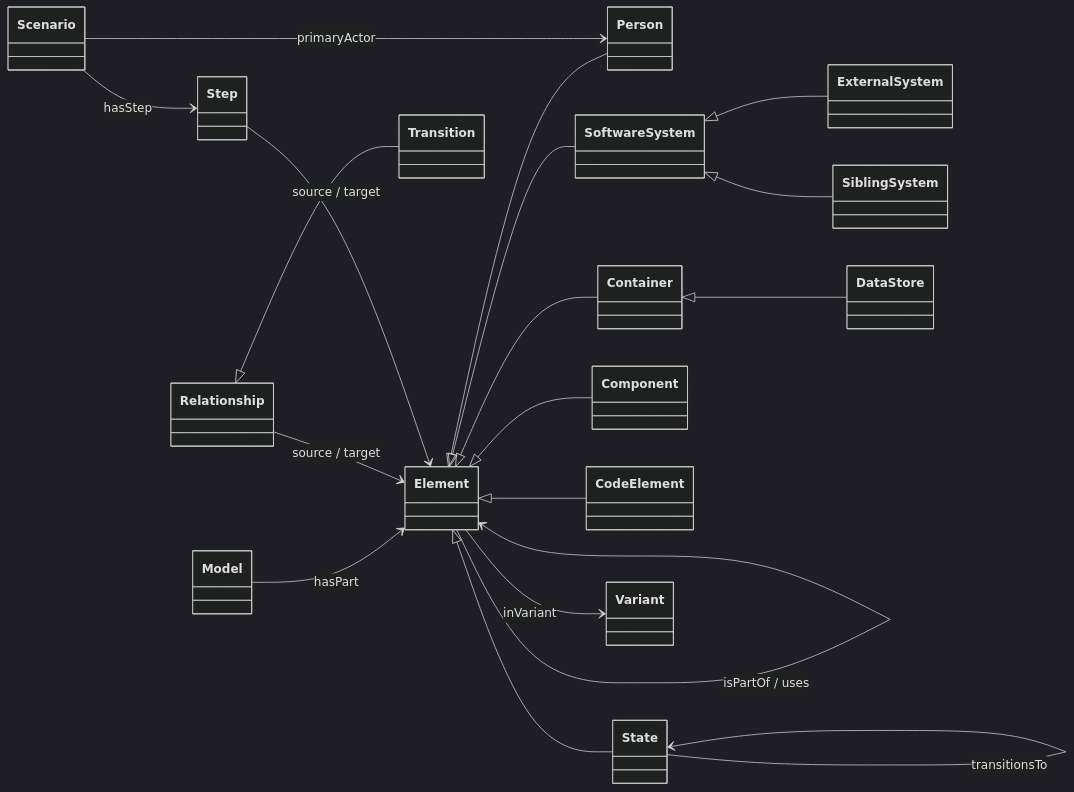
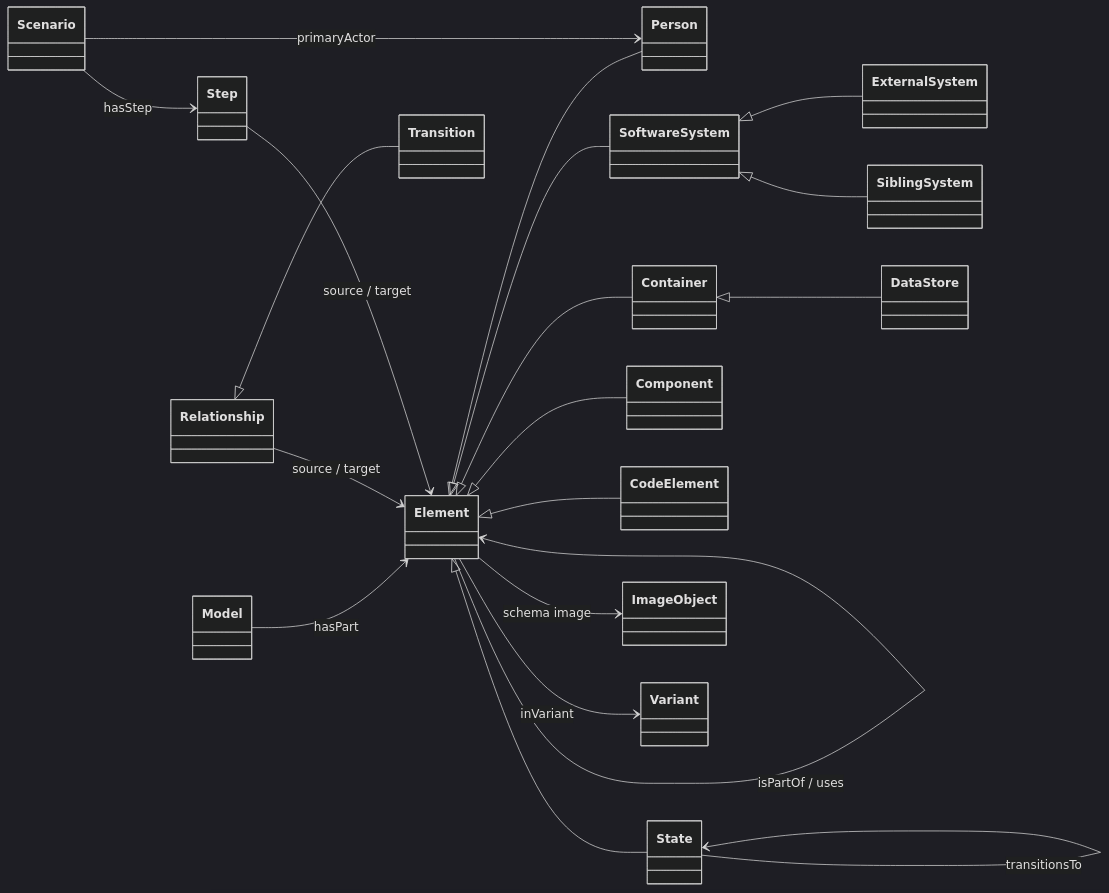
One commit to caviri/c4-model-agentic-plugin changed the diagram in ontology/README.md. Above: the diagram before and after it, drawn with Mermaid (dark theme). The commit also changed other lines of this file and 33 other files, not shown here.

````diff
--- a/ontology/README.md
+++ b/ontology/README.md
@@ -44,22 +44,23 @@
 ```mermaid
 classDiagram
   direction LR
   Element <|-- Person
   Element <|-- SoftwareSystem
   SoftwareSystem <|-- ExternalSystem
   SoftwareSystem <|-- SiblingSystem
   Element <|-- Container
   Container <|-- DataStore
   Element <|-- Component
   Element <|-- CodeElement
   Element <|-- State
   Relationship <|-- Transition
   Model --> Element : hasPart
   Element --> Element : isPartOf / uses
   Relationship --> Element : source / target
   State --> State : transitionsTo
   Scenario --> Step : hasStep
   Step --> Element : source / target
   Scenario --> Person : primaryActor
+  Element --> ImageObject : schema image
   Element --> Variant : inVariant
 ```
````
